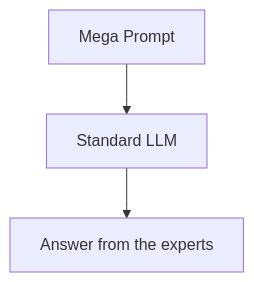
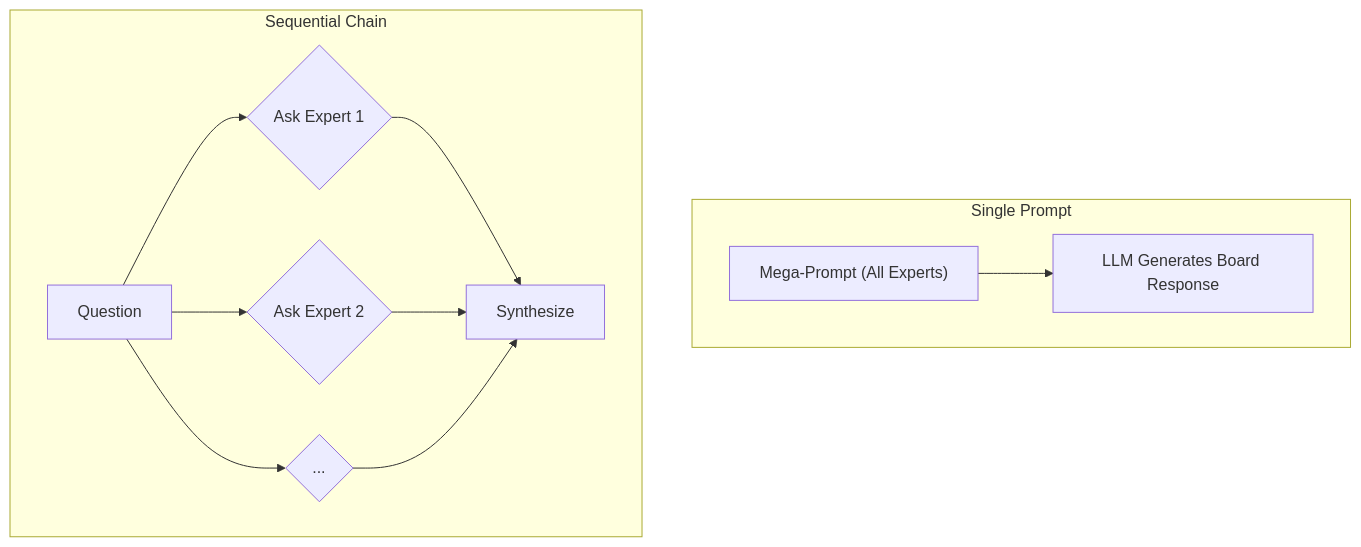
Before and after one commit to raphaelmansuy/digital_palace: the diagram in reference/techniques/board_of_experts/README.md, drawn with Mermaid. The commit also changed other lines of this file and 6 other files, not shown here.

````diff
--- a/reference/techniques/board_of_experts/README.md
+++ b/reference/techniques/board_of_experts/README.md
@@ -108,5 +97,14 @@
 ```mermaid
 graph TD
-  A["Mega Prompt"] --> B["Standard LLM"];
-	B --> C["Answer from the experts"];
+    subgraph Single Prompt
+        A["Mega-Prompt (All Experts)"] --> B["LLM Generates Board Response"];
+    end
+    subgraph Sequential Chain
+        C["Question"] --> D{"Ask Expert 1"};
+        C --> E{"Ask Expert 2"};
+        C --> F{"..."};
+        D --> G["Synthesize"];
+        E --> G;
+        F --> G;
+    end
 ```
````
